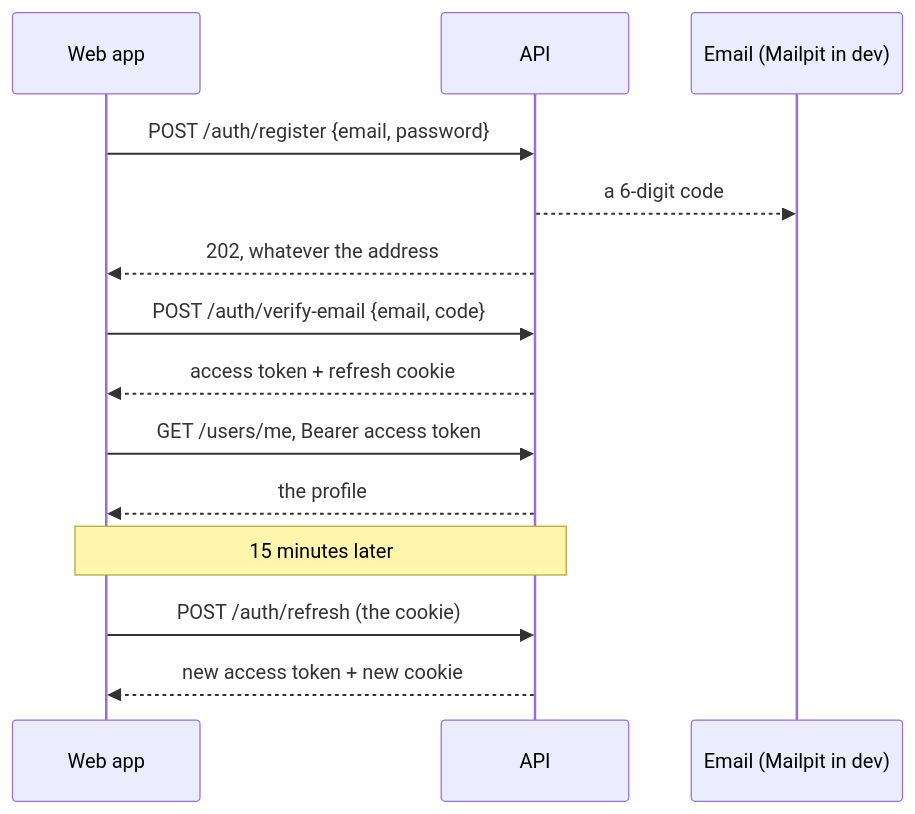
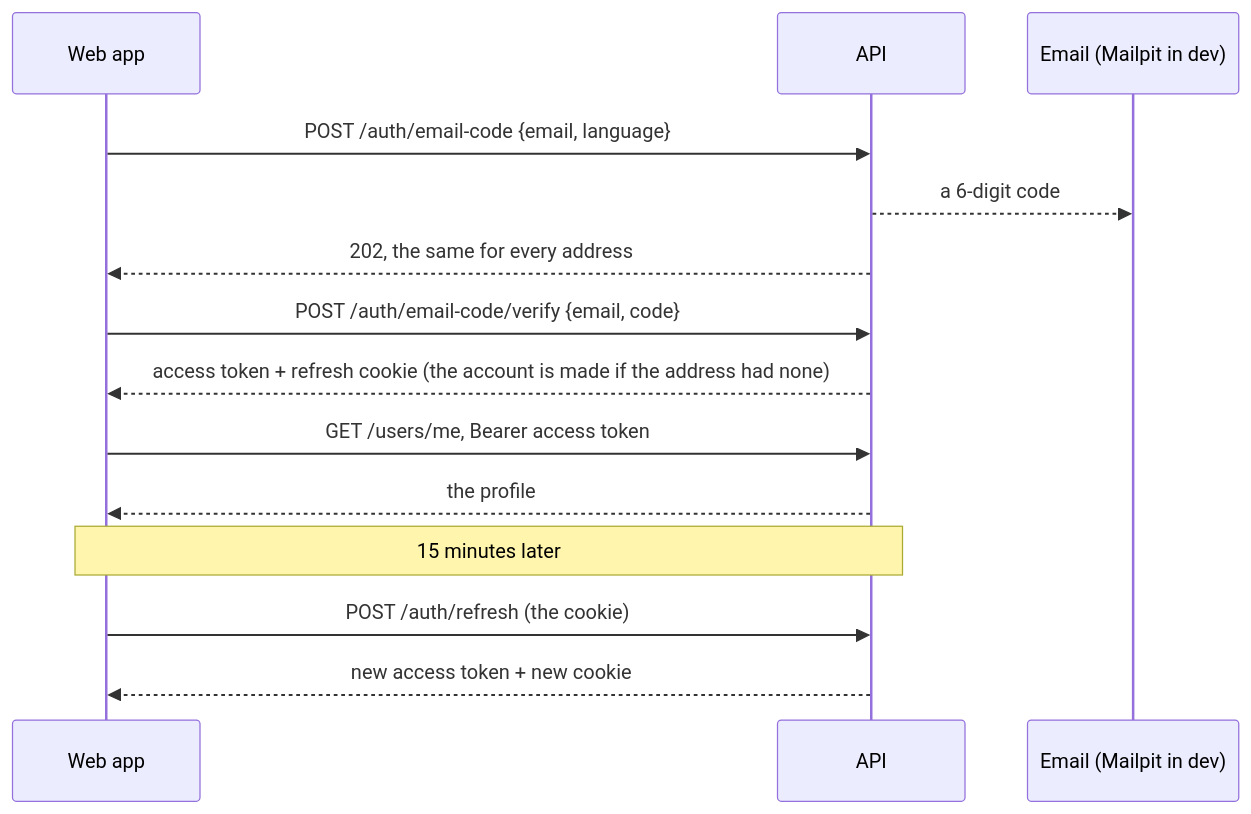
One commit to StoriuSs/NezFocus-Backend changed the third of 5 diagrams in OVERVIEW.md. Above: the diagram before and after it, drawn with Mermaid. The commit also changed other lines of this file and 143 other files, not shown here.

First line of the commit message:
feat(auth): codes by email for sign-up and sign-in (L6)

````diff
--- a/OVERVIEW.md
+++ b/OVERVIEW.md
@@ -196,17 +197,17 @@
 ```mermaid
 sequenceDiagram
     participant W as Web app
     participant A as API
     participant M as Email (Mailpit in dev)
 
-    W->>A: POST /auth/register {email, password}
+    W->>A: POST /auth/email-code {email, language}
     A-->>M: a 6-digit code
-    A-->>W: 202, whatever the address
-    W->>A: POST /auth/verify-email {email, code}
-    A-->>W: access token + refresh cookie
+    A-->>W: 202, the same for every address
+    W->>A: POST /auth/email-code/verify {email, code}
+    A-->>W: access token + refresh cookie (the account is made if the address had none)
     W->>A: GET /users/me, Bearer access token
     A-->>W: the profile
     Note over W,A: 15 minutes later
     W->>A: POST /auth/refresh (the cookie)
     A-->>W: new access token + new cookie
 ```
````
